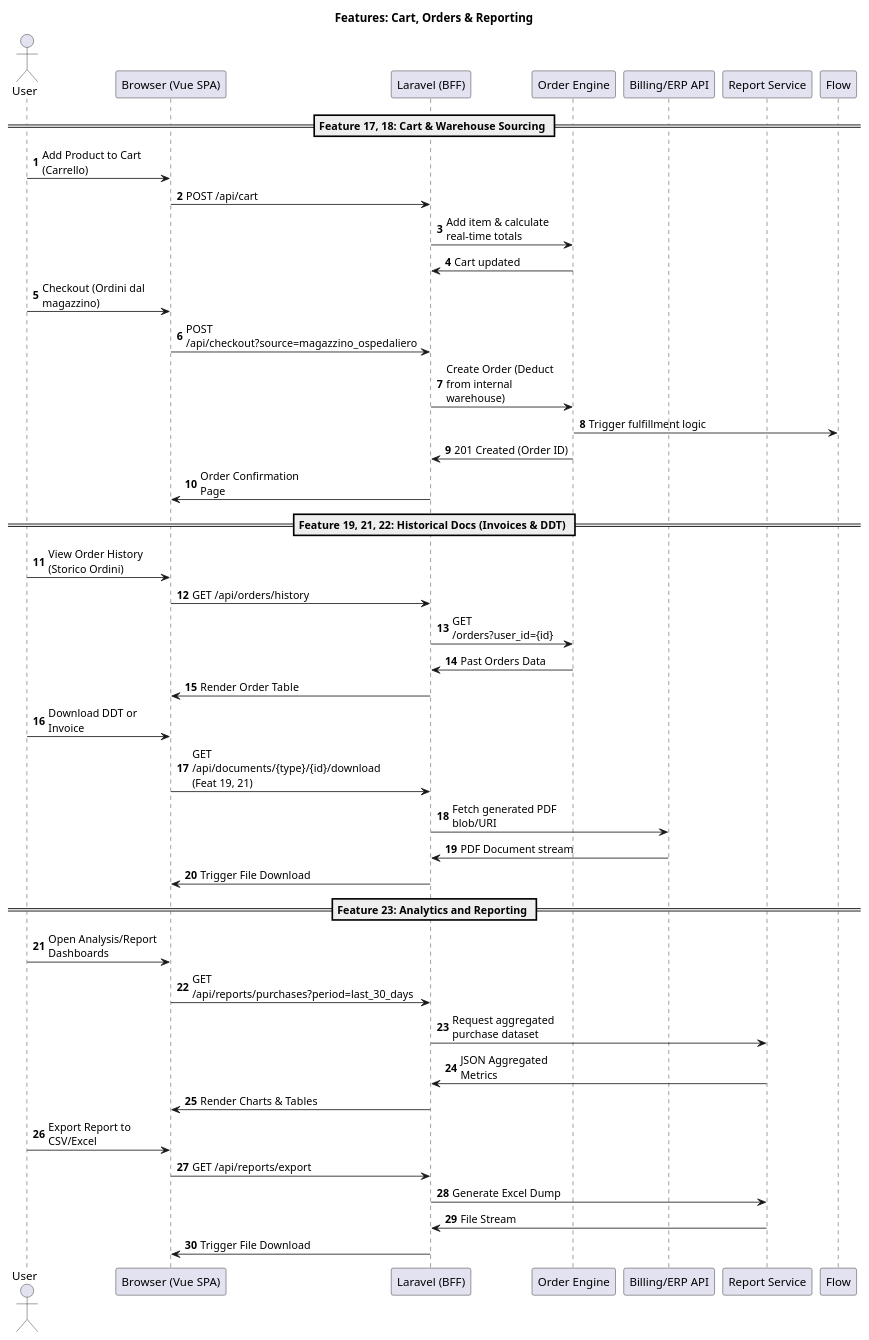
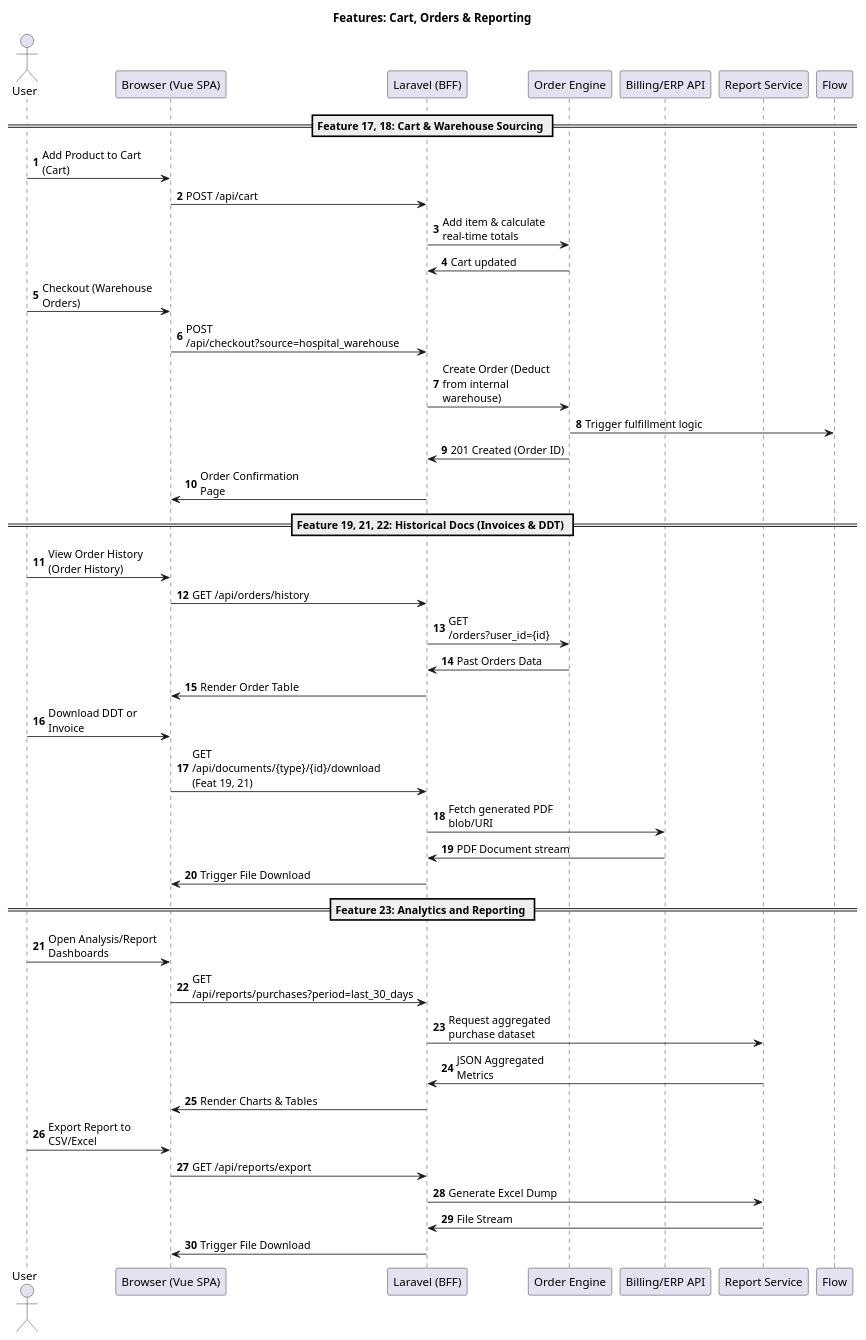
Before and after one commit to gant85/ospedaliero-design: the diagram in docs/diagrams/sequence-feat-orders-docs.puml, drawn with PlantUML. The commit also changed 14 other files, not shown here.

```diff
--- a/docs/diagrams/sequence-feat-orders-docs.puml
+++ b/docs/diagrams/sequence-feat-orders-docs.puml
@@ -1,55 +1,55 @@
 @startuml
 title Features: Cart, Orders & Reporting
 skinparam maxMessageSize 150
 autonumber
 
 actor "User" as User
 participant "Browser (Vue SPA)" as Browser
 participant "Laravel (BFF)" as BFF
 participant "Order Engine" as OrdersAPI
 participant "Billing/ERP API" as BillingAPI
 participant "Report Service" as Analytics
 
 == Feature 17, 18: Cart & Warehouse Sourcing ==
 
-User -> Browser: Add Product to Cart (Carrello)
+User -> Browser: Add Product to Cart (Cart)
 Browser -> BFF: POST /api/cart
 BFF -> OrdersAPI: Add item & calculate real-time totals
 OrdersAPI -> BFF: Cart updated
 
-User -> Browser: Checkout (Ordini dal magazzino)
-Browser -> BFF: POST /api/checkout?source=magazzino_ospedaliero
+User -> Browser: Checkout (Warehouse Orders)
+Browser -> BFF: POST /api/checkout?source=hospital_warehouse
 BFF -> OrdersAPI: Create Order (Deduct from internal warehouse)
 OrdersAPI -> Flow: Trigger fulfillment logic
 OrdersAPI -> BFF: 201 Created (Order ID)
 BFF -> Browser: Order Confirmation Page
 
 == Feature 19, 21, 22: Historical Docs (Invoices & DDT) ==
 
-User -> Browser: View Order History (Storico Ordini)
+User -> Browser: View Order History (Order History)
 Browser -> BFF: GET /api/orders/history
 BFF -> OrdersAPI: GET /orders?user_id={id}
 OrdersAPI -> BFF: Past Orders Data
 BFF -> Browser: Render Order Table
 
 User -> Browser: Download DDT or Invoice
 Browser -> BFF: GET /api/documents/{type}/{id}/download (Feat 19, 21)
 BFF -> BillingAPI: Fetch generated PDF blob/URI
 BillingAPI -> BFF: PDF Document stream
 BFF -> Browser: Trigger File Download
 
 == Feature 23: Analytics and Reporting ==
 
 User -> Browser: Open Analysis/Report Dashboards
 Browser -> BFF: GET /api/reports/purchases?period=last_30_days
 BFF -> Analytics: Request aggregated purchase dataset
 Analytics -> BFF: JSON Aggregated Metrics
 BFF -> Browser: Render Charts & Tables
 
 User -> Browser: Export Report to CSV/Excel
 Browser -> BFF: GET /api/reports/export
 BFF -> Analytics: Generate Excel Dump
 Analytics -> BFF: File Stream
 BFF -> Browser: Trigger File Download
 
 @enduml
```
